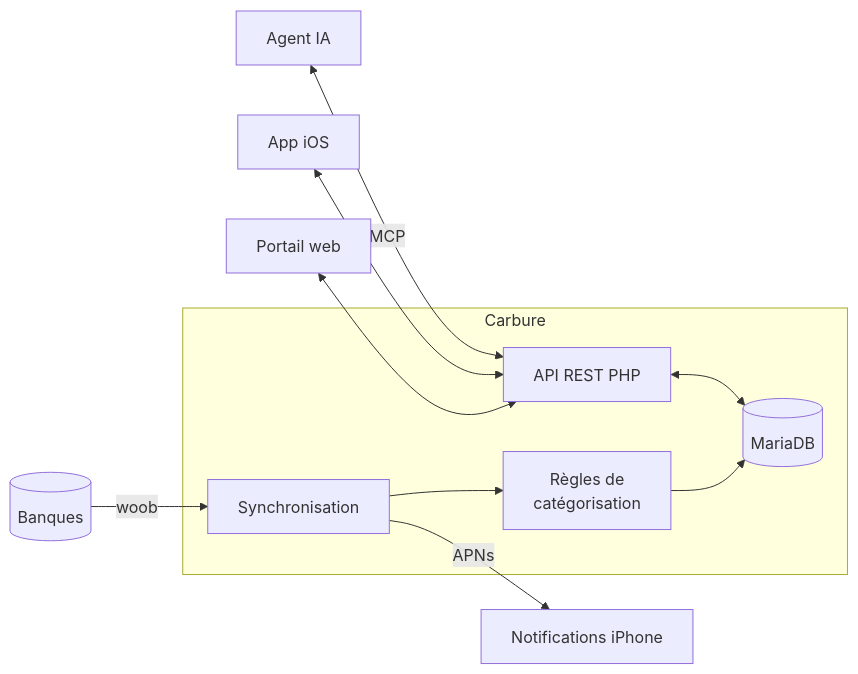
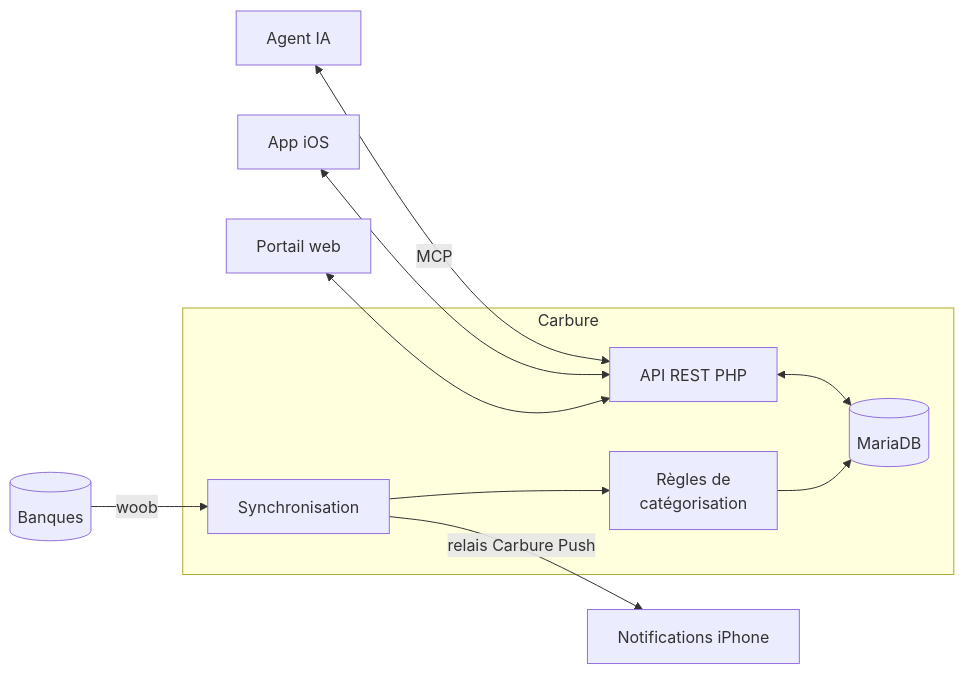
One commit to ltoinel/Carbure changed the diagram in README.fr.md. Above: the diagram before and after it, drawn with Mermaid. The commit also changed 57 other files, not shown here.

First line of the commit message:
feat(api): send the push notifications through the Carbure Push relay

````diff
--- a/README.fr.md
+++ b/README.fr.md
@@ -114,12 +114,12 @@
 ```mermaid
 flowchart LR
     bank[(Banques)] -->|woob| sync[Synchronisation]
     subgraph Carbure
         sync --> rules[Règles de<br/>catégorisation] --> db[(MariaDB)]
         api[API REST PHP] <--> db
     end
     portal[Portail web] <--> api
     ios[App iOS] <--> api
     ai[Agent IA] <-->|MCP| api
-    sync -->|APNs| push[Notifications iPhone]
+    sync -->|relais Carbure Push| push[Notifications iPhone]
 ```
````
